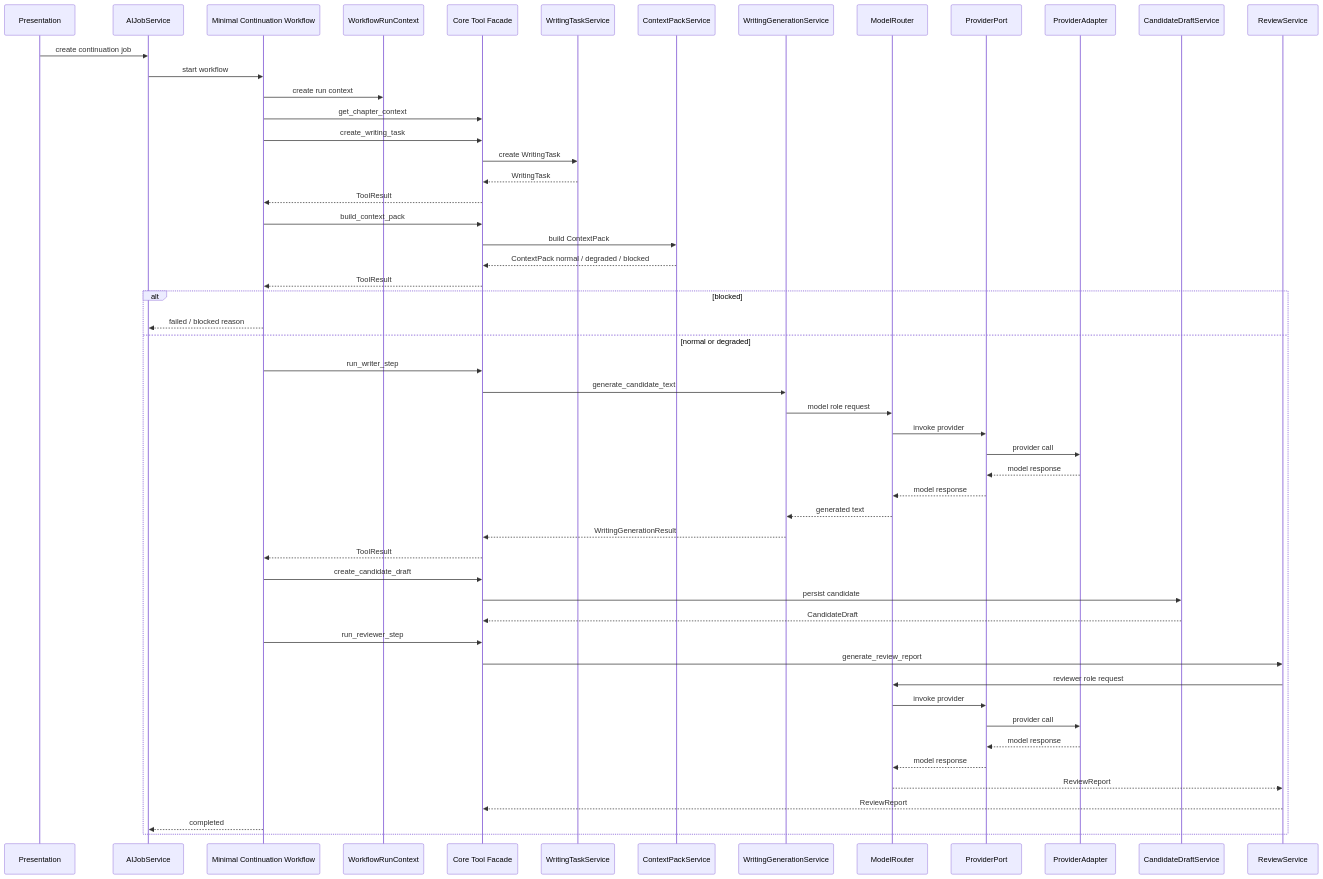
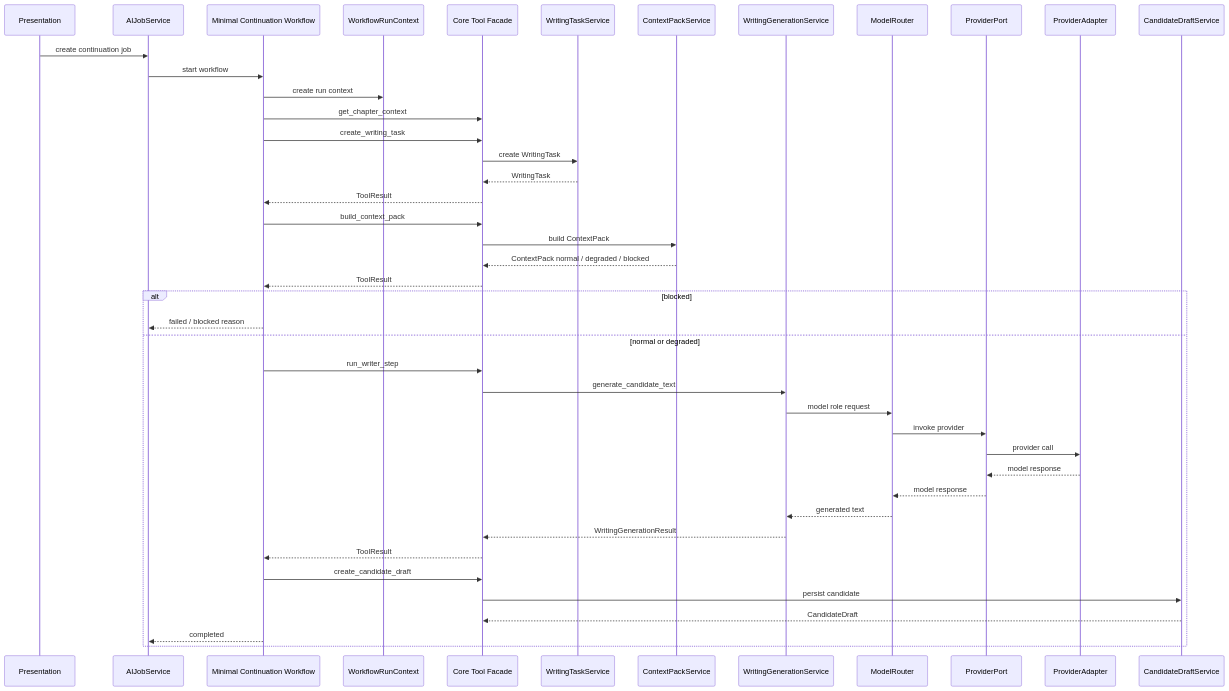
One commit to octsfm/InkTrace changed the fourth of 9 diagrams in docs/03_design/InkTrace-V2.0-P0-详细设计总纲.md. Above: the diagram before and after it, drawn with Mermaid. The commit also changed other lines of this file, not shown here.

````diff
--- a/docs/03_design/InkTrace-V2.0-P0-详细设计总纲.md
+++ b/docs/03_design/InkTrace-V2.0-P0-详细设计总纲.md
@@ -750,56 +750,46 @@
 ```mermaid
 sequenceDiagram
     participant API as Presentation
     participant Job as AIJobService
     participant Workflow as Minimal Continuation Workflow
     participant Run as WorkflowRunContext
     participant Tool as Core Tool Facade
     participant Task as WritingTaskService
     participant Context as ContextPackService
     participant Generation as WritingGenerationService
     participant Router as ModelRouter
     participant ProviderPort as ProviderPort
     participant ProviderAdapter as ProviderAdapter
     participant Draft as CandidateDraftService
-    participant Review as ReviewService
 
     API->>Job: create continuation job
     Job->>Workflow: start workflow
     Workflow->>Run: create run context
     Workflow->>Tool: get_chapter_context
     Workflow->>Tool: create_writing_task
     Tool->>Task: create WritingTask
     Task-->>Tool: WritingTask
     Tool-->>Workflow: ToolResult
     Workflow->>Tool: build_context_pack
     Tool->>Context: build ContextPack
     Context-->>Tool: ContextPack normal / degraded / blocked
     Tool-->>Workflow: ToolResult
     alt blocked
         Workflow-->>Job: failed / blocked reason
     else normal or degraded
         Workflow->>Tool: run_writer_step
         Tool->>Generation: generate_candidate_text
         Generation->>Router: model role request
         Router->>ProviderPort: invoke provider
         ProviderPort->>ProviderAdapter: provider call
         ProviderAdapter-->>ProviderPort: model response
         ProviderPort-->>Router: model response
         Router-->>Generation: generated text
         Generation-->>Tool: WritingGenerationResult
         Tool-->>Workflow: ToolResult
         Workflow->>Tool: create_candidate_draft
         Tool->>Draft: persist candidate
         Draft-->>Tool: CandidateDraft
-        Workflow->>Tool: run_reviewer_step
-        Tool->>Review: generate_review_report
-        Review->>Router: reviewer role request
-        Router->>ProviderPort: invoke provider
-        ProviderPort->>ProviderAdapter: provider call
-        ProviderAdapter-->>ProviderPort: model response
-        ProviderPort-->>Router: model response
-        Router-->>Review: ReviewReport
-        Review-->>Tool: ReviewReport
         Workflow-->>Job: completed
     end
 ```
````
